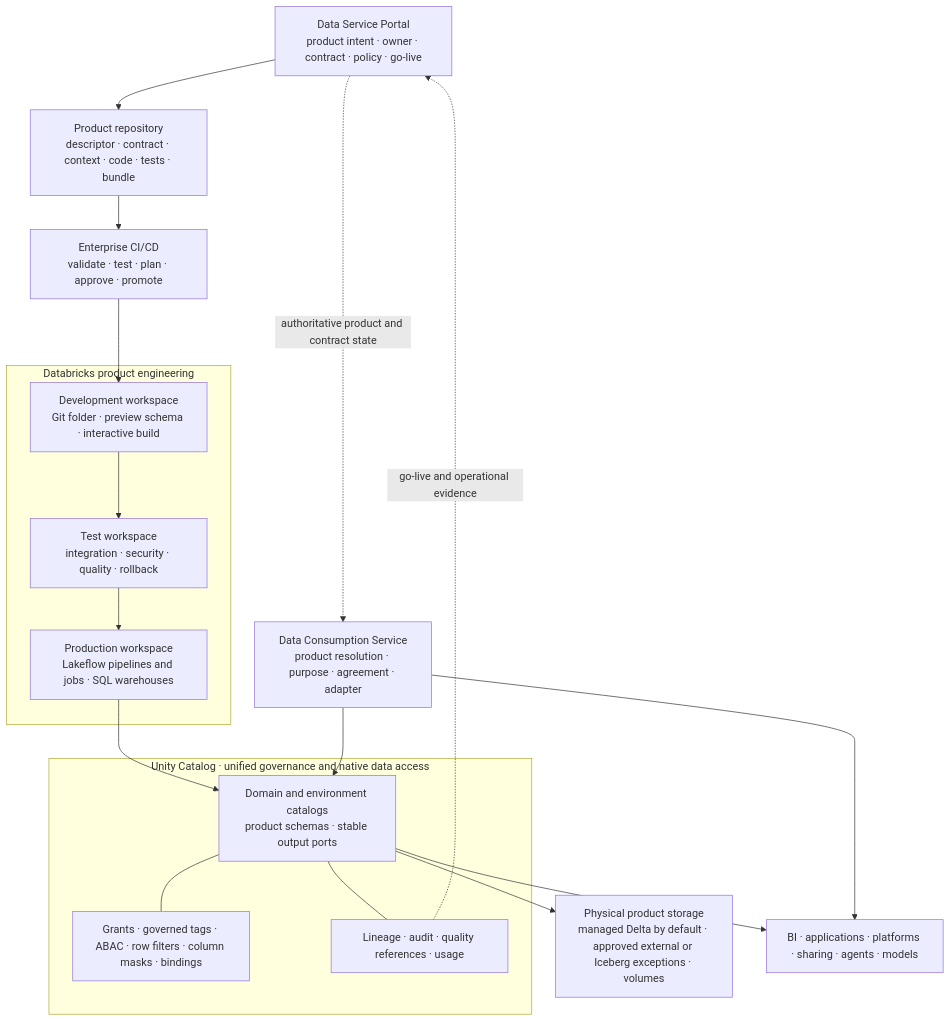
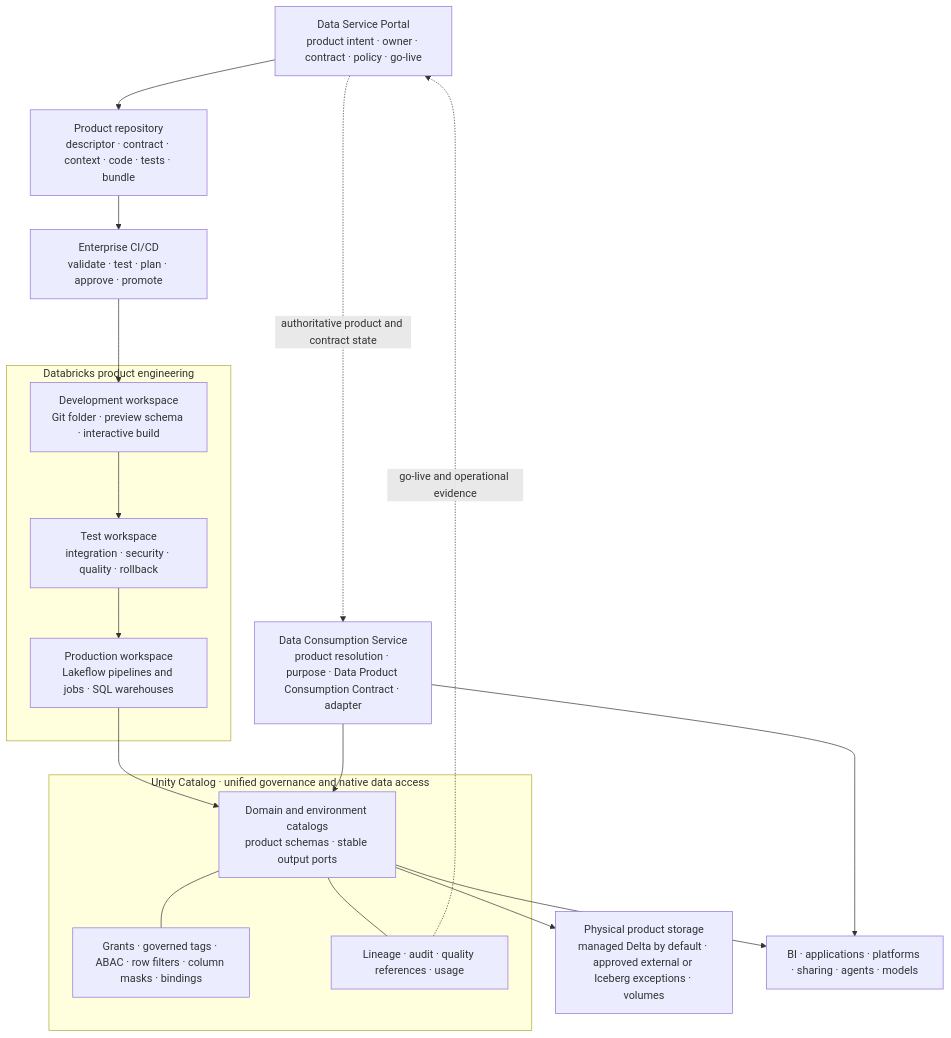
Before and after one commit to cong78/data-foundation-architecture: the first of 4 diagrams in docs/architecture/data-product-creation-design.md, drawn with Mermaid. The commit also changed other lines of this file and 47 other files, not shown here.

````diff
--- a/docs/architecture/data-product-creation-design.md
+++ b/docs/architecture/data-product-creation-design.md
@@ -23,34 +23,34 @@
 ```mermaid
 flowchart TB
     INTENT["Data Service Portal<br/>product intent · owner · contract · policy · go-live"]
     REPO["Product repository<br/>descriptor · contract · context · code · tests · bundle"]
     CICD["Enterprise CI/CD<br/>validate · test · plan · approve · promote"]
 
     subgraph WORKSPACES["Databricks product engineering"]
         DEV["Development workspace<br/>Git folder · preview schema · interactive build"]
         TEST["Test workspace<br/>integration · security · quality · rollback"]
         PROD["Production workspace<br/>Lakeflow pipelines and jobs · SQL warehouses"]
     end
 
     subgraph UC["Unity Catalog · unified governance and native data access"]
         CATALOG["Domain and environment catalogs<br/>product schemas · stable output ports"]
         CONTROL["Grants · governed tags · ABAC · row filters · column masks · bindings"]
         EVIDENCE["Lineage · audit · quality references · usage"]
     end
 
     STORAGE["Physical product storage<br/>managed Delta by default · approved external or Iceberg exceptions · volumes"]
-    ACCESS["Data Consumption Service<br/>product resolution · purpose · agreement · adapter"]
+    ACCESS["Data Consumption Service<br/>product resolution · purpose · Data Product Consumption Contract · adapter"]
     CONSUMERS["BI · applications · platforms · sharing · agents · models"]
 
     INTENT --> REPO --> CICD
     CICD --> DEV --> TEST --> PROD
     PROD --> CATALOG
     CATALOG --- CONTROL
     CATALOG --- EVIDENCE
     CATALOG --> STORAGE
     ACCESS --> CATALOG
     ACCESS --> CONSUMERS
     CATALOG --> CONSUMERS
     INTENT -. "authoritative product and contract state" .-> ACCESS
     EVIDENCE -. "go-live and operational evidence" .-> INTENT
 ```
````
